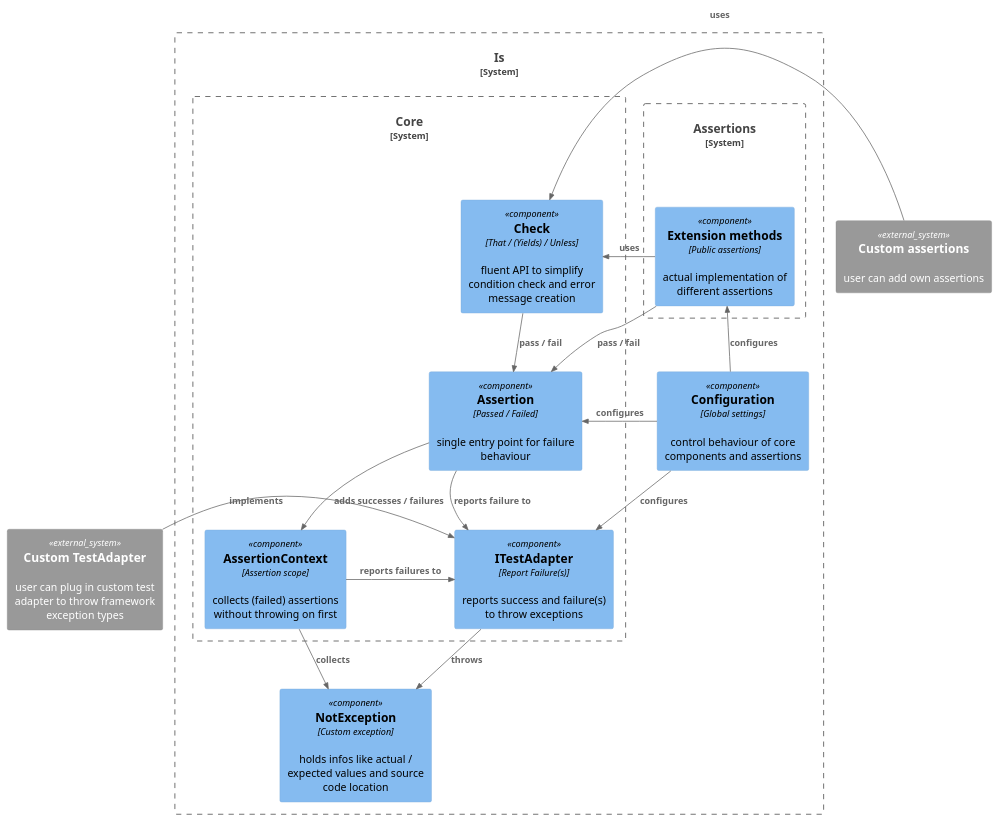
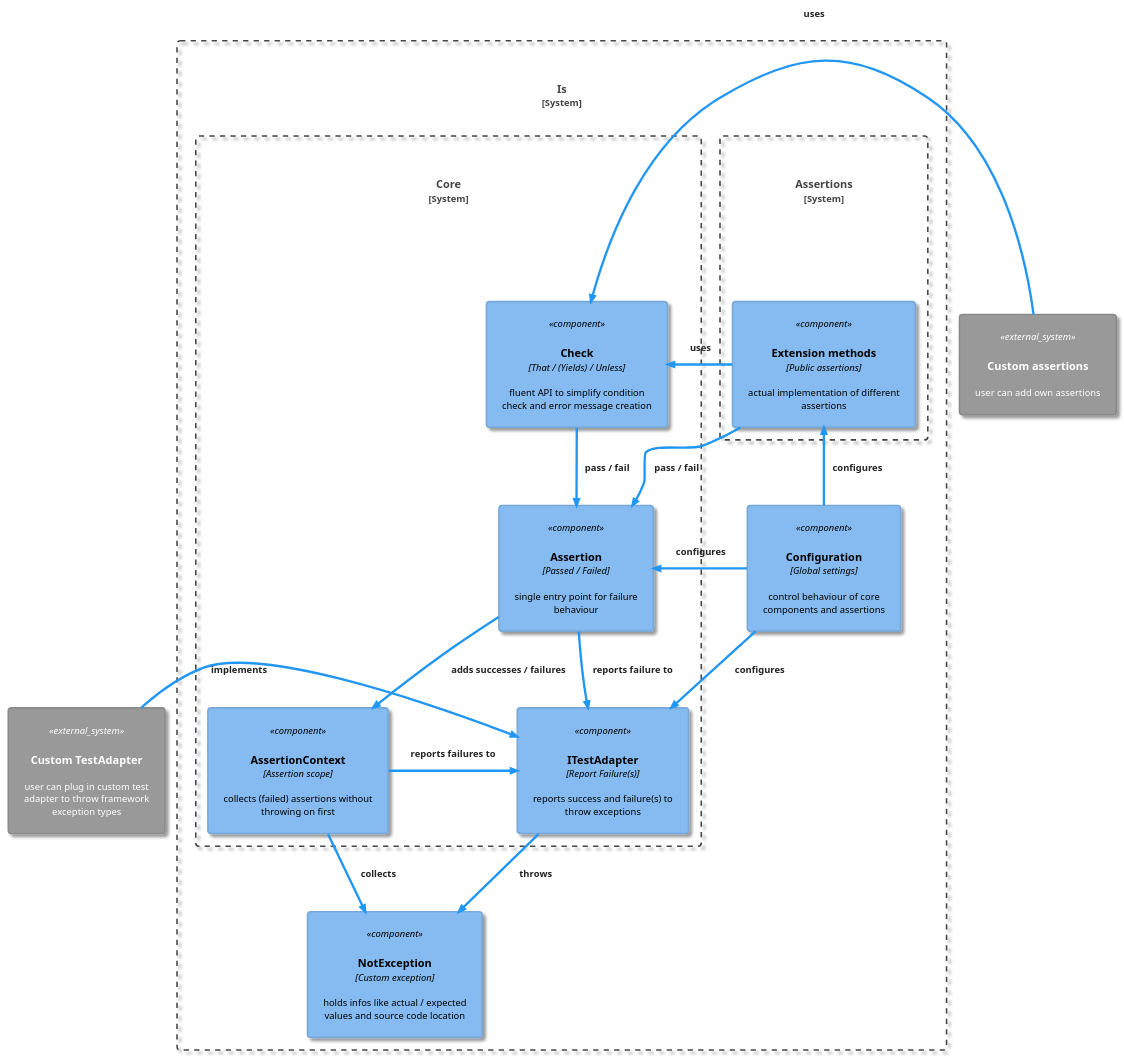
One commit to chrismo80/Is changed the diagram in Docs/Architecture.plantuml. Above: the diagram before and after it, drawn with PlantUML. The commit also changed 2 other files, not shown here.

```diff
--- a/Docs/Architecture.plantuml
+++ b/Docs/Architecture.plantuml
@@ -1,43 +1,45 @@
 @startuml "Architecture"
 
 !include <C4/C4_Component>
+
+!theme materia
 
 System_Ext(ca, "Custom assertions", "user can add own assertions")
 System_Ext(cta, "Custom TestAdapter", "user can plug in custom test adapter to throw framework exception types")
 
 System_Boundary(Is, "Is") {
     Component(ex, "NotException", "Custom exception", "holds infos like actual / expected values and source code location")
     Component(conf, "Configuration", "Global settings", "control behaviour of core components and assertions")
 
     System_Boundary(Assertions, "Assertions") {
         Component(ext, "Extension methods", "Public assertions", "actual implementation of different assertions")
         }
 
     System_Boundary(Core, "Core") {
         Component(ass, "Assertion", "Passed / Failed", "single entry point for failure behaviour")
         Component(check, "Check", "That / (Yields) / Unless", "fluent API to simplify condition check and error message creation")
         Component(ctx, "AssertionContext", "Assertion scope", "collects (failed) assertions without throwing on first")
         Component(ita, "ITestAdapter", "Report Failure(s)", "reports success and failure(s) to throw exceptions")
         }
     }
 }
 
 Rel(ass, ita, "reports failure to")
 Rel(ctx, ex, "collects")
 Rel(ita, ex, "throws")
 Rel_R(cta, ita, "implements")
 
 Rel_U(ext, check, "uses")
 Rel(ext, ass, "pass / fail")
 Rel_L(ca, check, "uses")
 
 Rel_L(ctx, ita, "reports failures to")
 
 Rel(check, ass, "pass / fail")
 Rel(ass, ctx, "adds successes / failures")
 
 Rel_U(conf, ext, "configures")
 Rel_R(conf, ass, "configures")
 Rel(conf, ita, "configures")
 
 @enduml
```
